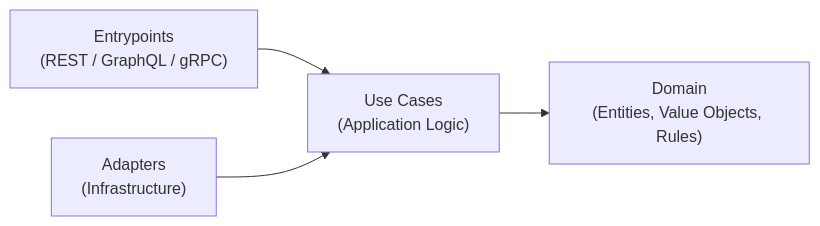
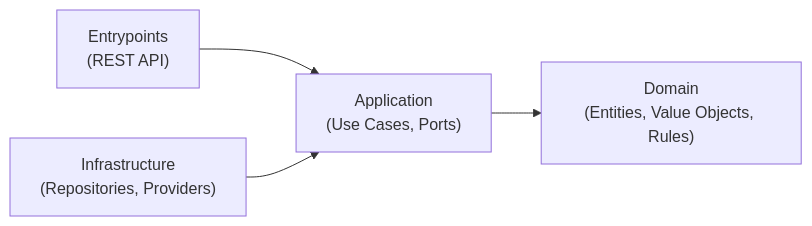
The diagram in README.md (ae-lexs/payments-core), drawn with Mermaid before and after one commit. The commit also changed other lines of this file and 28 other files, not shown here.

````diff
--- a/README.md
+++ b/README.md
@@ -129,11 +129,11 @@
 ```mermaid
 flowchart LR
     Domain["Domain<br/>(Entities, Value Objects, Rules)"]
-    UseCases["Use Cases<br/>(Application Logic)"]
-    Adapters["Adapters<br/>(Infrastructure)"]
-    Entrypoints["Entrypoints<br/>(REST / GraphQL / gRPC)"]
+    Application["Application<br/>(Use Cases, Ports)"]
+    Infrastructure["Infrastructure<br/>(Repositories, Providers)"]
+    Entrypoints["Entrypoints<br/>(REST API)"]
 
-    Entrypoints --> UseCases
-    Adapters --> UseCases
-    UseCases --> Domain
+    Entrypoints --> Application
+    Infrastructure --> Application
+    Application --> Domain
 ```
````
